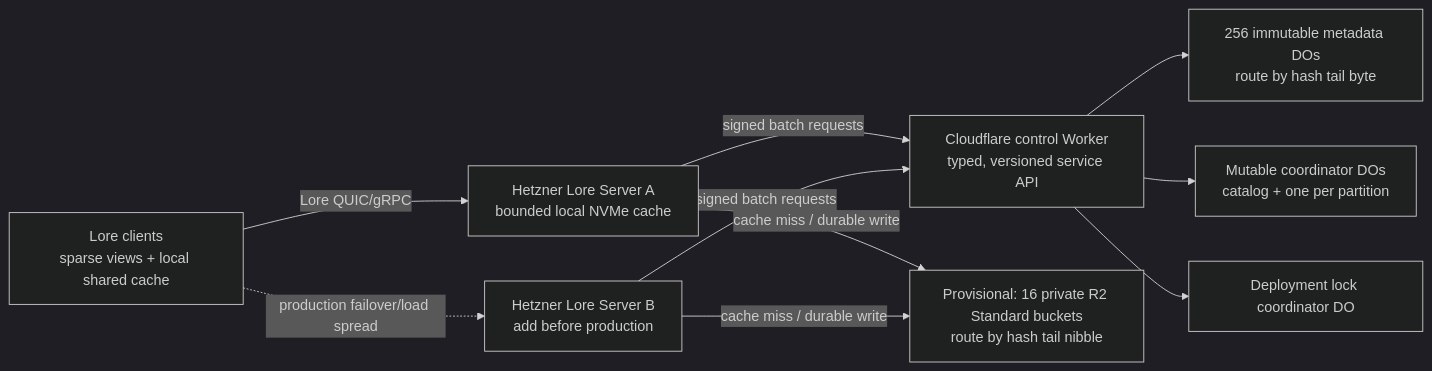
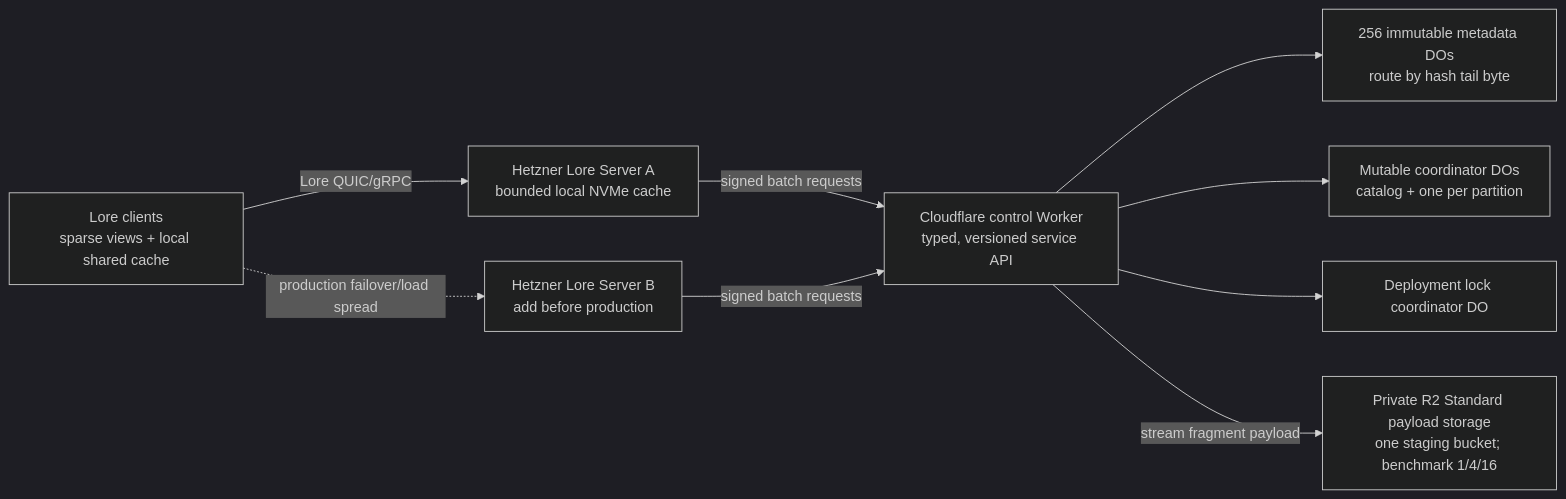
The diagram in contrib/cloudflare/ARCHITECTURE.md (Digital-Wanderer-Sp-z-o-o/lore), drawn with Mermaid (dark theme) before and after one commit. The commit also changed other lines of this file and 29 other files, not shown here.

````diff
--- a/contrib/cloudflare/ARCHITECTURE.md
+++ b/contrib/cloudflare/ARCHITECTURE.md
@@ -117,21 +117,20 @@
 ```mermaid
 flowchart LR
     C["Lore clients<br/>sparse views + local shared cache"]
     H1["Hetzner Lore Server A<br/>bounded local NVMe cache"]
     H2["Hetzner Lore Server B<br/>add before production"]
     W["Cloudflare control Worker<br/>typed, versioned service API"]
     I["256 immutable metadata DOs<br/>route by hash tail byte"]
     M["Mutable coordinator DOs<br/>catalog + one per partition"]
     L["Deployment lock coordinator DO"]
-    R["Provisional: 16 private R2 Standard buckets<br/>route by hash tail nibble"]
+    R["Private R2 Standard payload storage<br/>one staging bucket; benchmark 1/4/16"]
 
     C -->|"Lore QUIC/gRPC"| H1
     C -.->|"production failover/load spread"| H2
     H1 -->|"signed batch requests"| W
     H2 -->|"signed batch requests"| W
     W --> I
     W --> M
     W --> L
-    H1 -->|"cache miss / durable write"| R
-    H2 -->|"cache miss / durable write"| R
+    W -->|"stream fragment payload"| R
 ```
````
